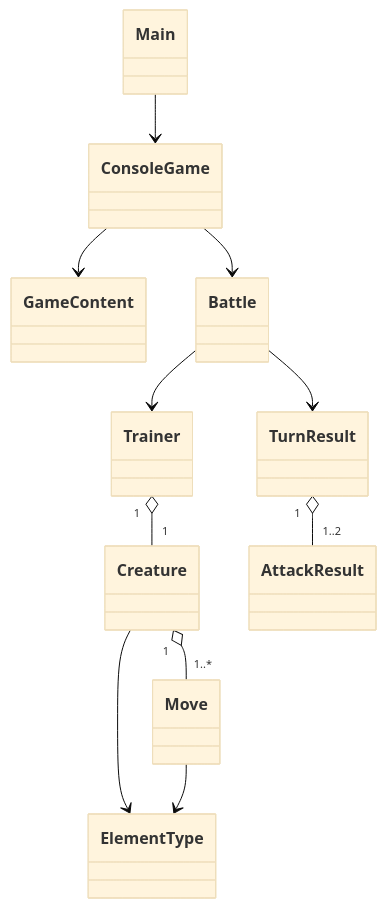
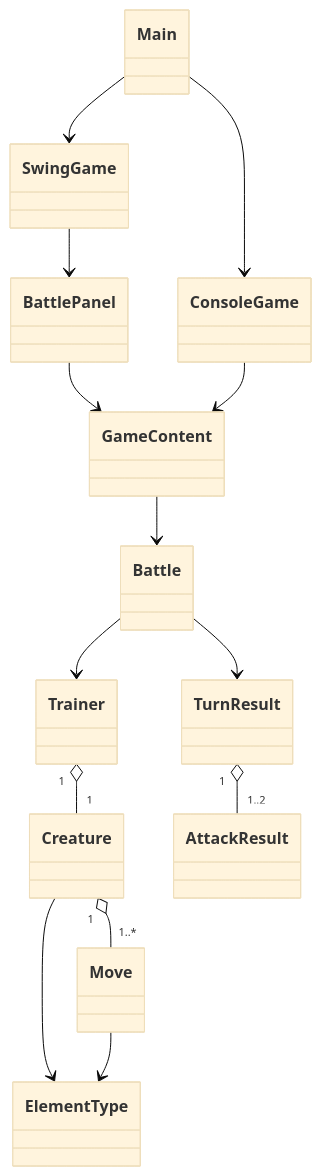
The third of 3 diagrams in README.md (FSopelsa/Poklone), drawn with Mermaid (base theme) before and after one commit. The commit also changed other lines of this file and 20 other files, not shown here.

Commit message:
Add Swing UI for battle interactions and configure Maven toolchain

````diff
--- a/README.md
+++ b/README.md
@@ -56,13 +59,16 @@
 ```mermaid
 classDiagram
+    Main --> SwingGame
     Main --> ConsoleGame
+    SwingGame --> BattlePanel
+    BattlePanel --> GameContent
     ConsoleGame --> GameContent
-    ConsoleGame --> Battle
+    GameContent --> Battle
     Battle --> Trainer
     Trainer "1" o-- "1" Creature
     Creature "1" o-- "1..*" Move
     Creature --> ElementType
     Move --> ElementType
     Battle --> TurnResult
     TurnResult "1" o-- "1..2" AttackResult
 ```
````
